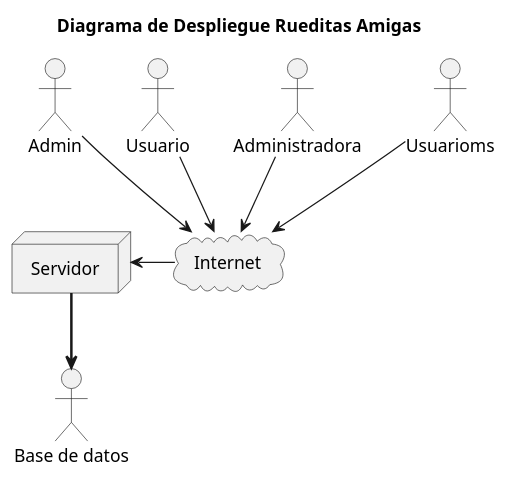
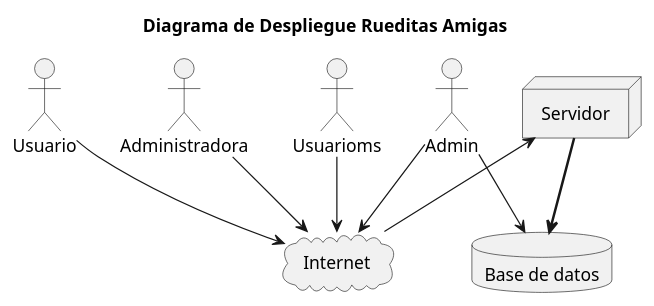
The diagram in diagrams/DiagramaDeDespliegue.puml (lrizzitano/RueditasAmigasDespliegue), drawn with PlantUML before and after one commit.

Commit message:
pruebo actor hacia DB

```diff
--- a/diagrams/DiagramaDeDespliegue.puml
+++ b/diagrams/DiagramaDeDespliegue.puml
@@ -1,27 +1,30 @@
 @startuml DiagramaDeDespliegue
 'https://plantuml.com/deployment-diagram
 
 title Diagrama de Despliegue Rueditas Amigas
 
 
 actor "Admin"
 actor "Usuario"
 actor "Administradora"
 actor "Usuarioms"
 
 
 cloud "Internet"
 
 node "Servidor"
 
+database "Base de datos"
 
 "Usuario" --> "Internet"
 "Admin" --> "Internet"
 "Usuarioms" --> "Internet"
 "Administradora" --> "Internet"
 
+"Admin" --> "Base de datos"
+
 
 "Internet" -l-> "Servidor"
 
 "Servidor" -[bold]-> "Base de datos"
 @enduml
```
